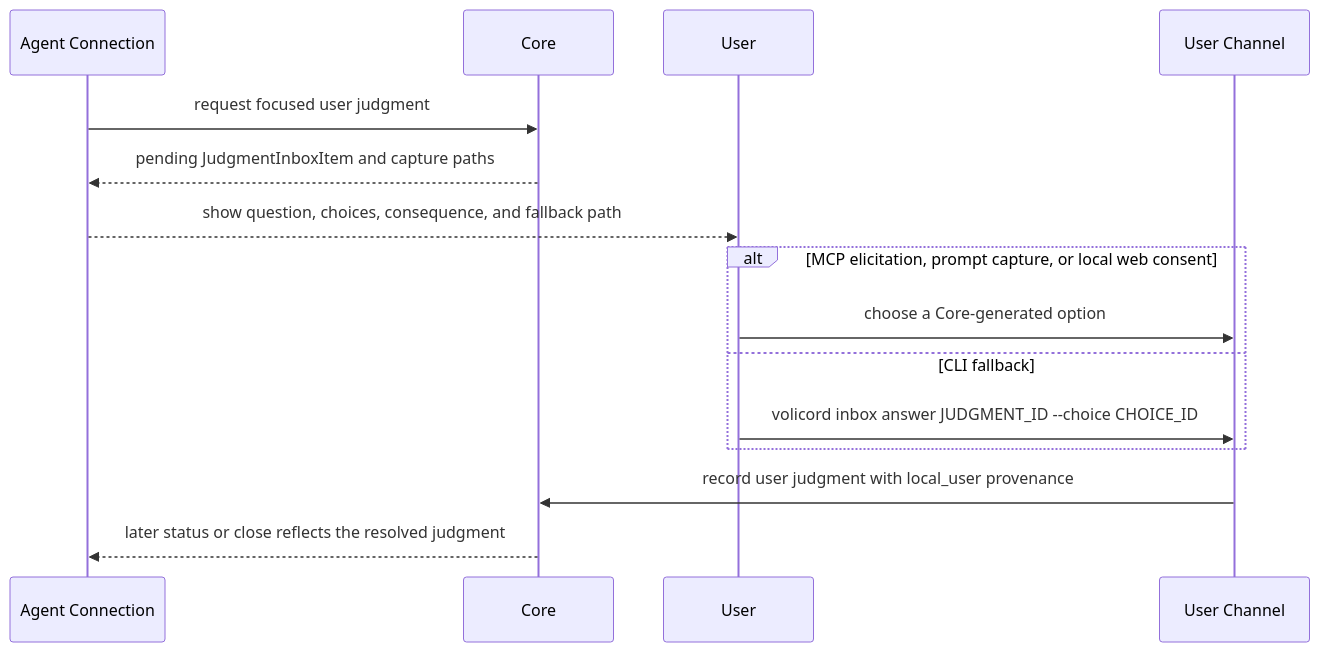
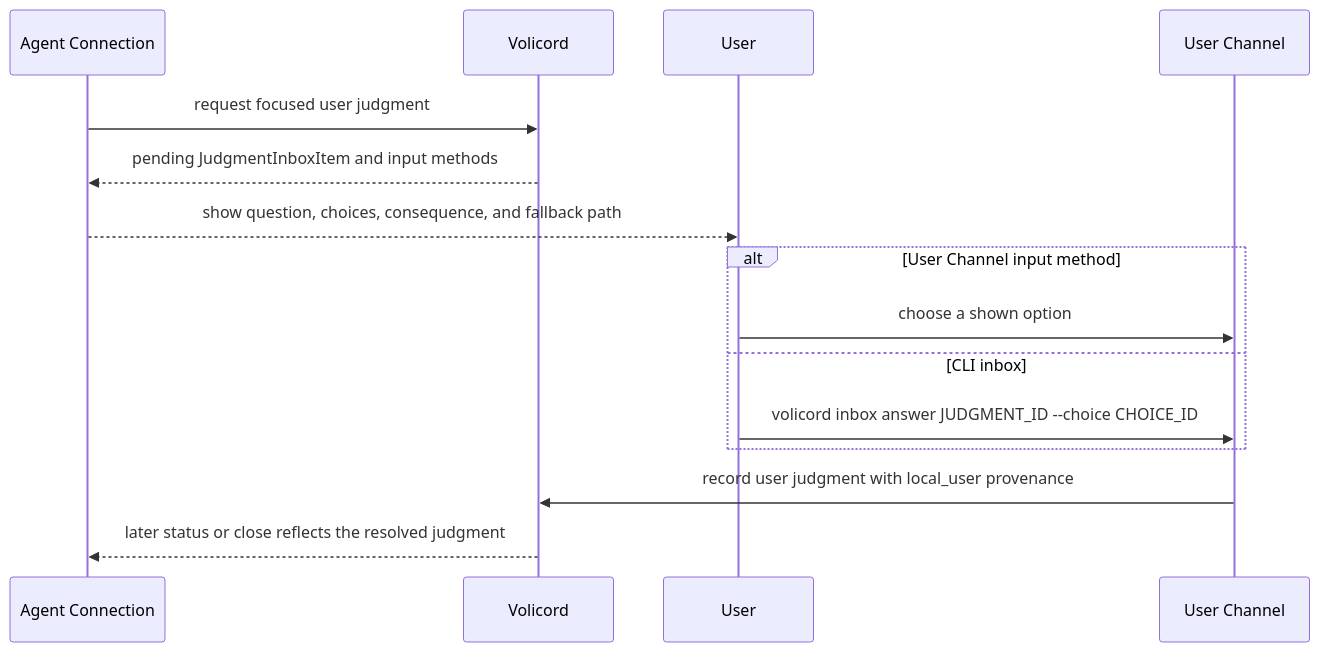
The second of 3 diagrams in docs/en/guides/user-workflow.md (minjungw00/Volicord), drawn with Mermaid before and after one commit. The commit also changed other lines of this file and 65 other files, not shown here.

````diff
--- a/docs/en/guides/user-workflow.md
+++ b/docs/en/guides/user-workflow.md
@@ -171,18 +172,18 @@
 ```mermaid
 sequenceDiagram
   participant Agent as Agent Connection
-  participant Core as Core
+  participant Volicord as Volicord
   participant User as User
   participant Channel as User Channel
 
-  Agent->>Core: request focused user judgment
-  Core-->>Agent: pending JudgmentInboxItem and capture paths
+  Agent->>Volicord: request focused user judgment
+  Volicord-->>Agent: pending JudgmentInboxItem and input methods
   Agent-->>User: show question, choices, consequence, and fallback path
-  alt MCP elicitation, prompt capture, or local web consent
-    User->>Channel: choose a Core-generated option
-  else CLI fallback
+  alt User Channel input method
+    User->>Channel: choose a shown option
+  else CLI inbox
     User->>Channel: volicord inbox answer JUDGMENT_ID --choice CHOICE_ID
   end
-  Channel->>Core: record user judgment with local_user provenance
-  Core-->>Agent: later status or close reflects the resolved judgment
+  Channel->>Volicord: record user judgment with local_user provenance
+  Volicord-->>Agent: later status or close reflects the resolved judgment
 ```
````
